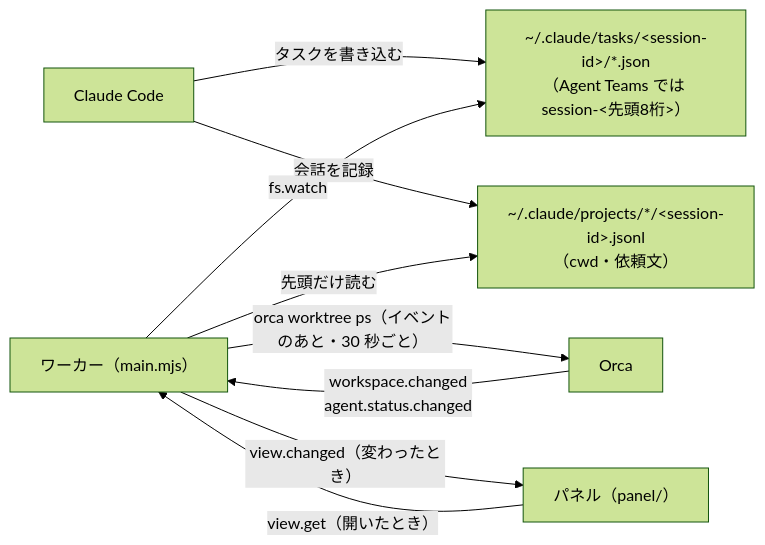
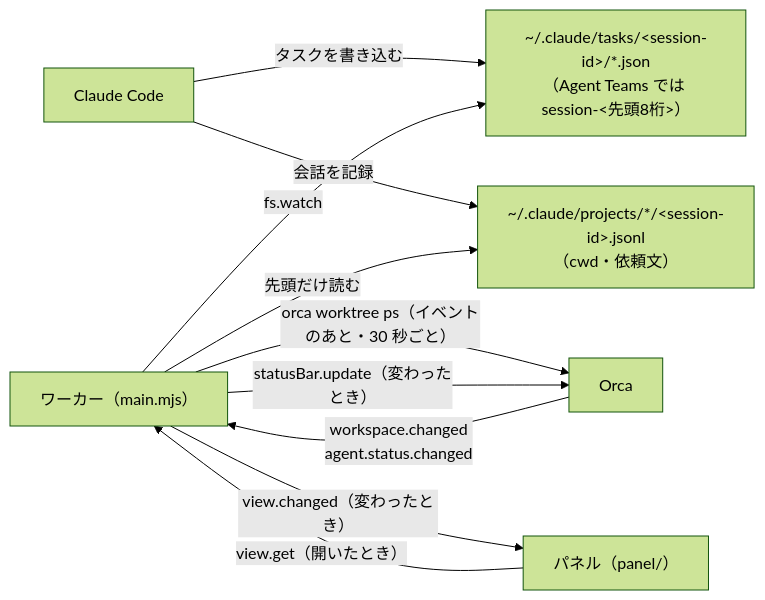
Before and after one commit to andoshin11/orca-milestone: the diagram in README.md, drawn with Mermaid (forest theme). The commit also changed other lines of this file and 6 other files, not shown here.

First line of the commit message:
Show the focused workspace's progress in the status bar

````diff
--- a/README.md
+++ b/README.md
@@ -70,11 +73,12 @@
 ```mermaid
 flowchart LR
   claude["Claude Code"] -- "タスクを書き込む" --> tasks["~/.claude/tasks/&lt;session-id&gt;/*.json<br/>（Agent Teams では session-&lt;先頭8桁&gt;）"]
   claude -- "会話を記録" --> transcript["~/.claude/projects/*/&lt;session-id&gt;.jsonl<br/>（cwd・依頼文）"]
   worker["ワーカー（main.mjs）"] -- "fs.watch" --> tasks
   worker -- "先頭だけ読む" --> transcript
   orca["Orca"] -- "workspace.changed<br/>agent.status.changed" --> worker
   worker -- "orca worktree ps（イベントのあと・30 秒ごと）" --> orca
   panel["パネル（panel/）"] -- "view.get（開いたとき）" --> worker
   worker -- "view.changed（変わったとき）" --> panel
+  worker -- "statusBar.update（変わったとき）" --> orca
 ```
````
